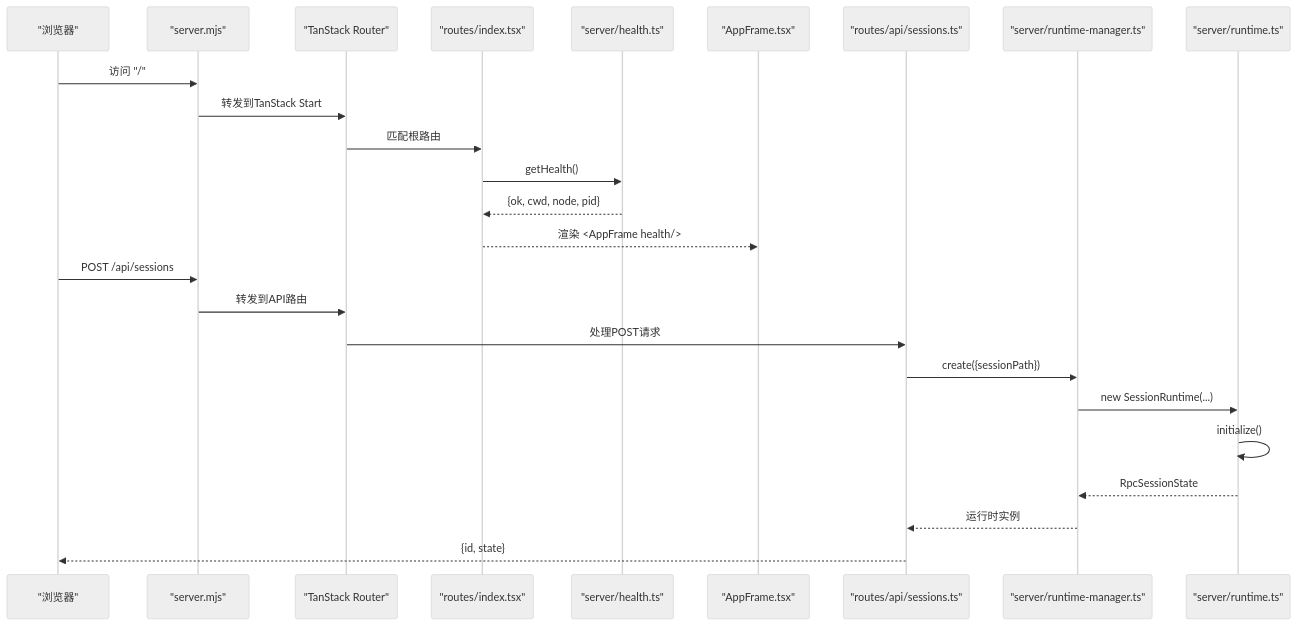
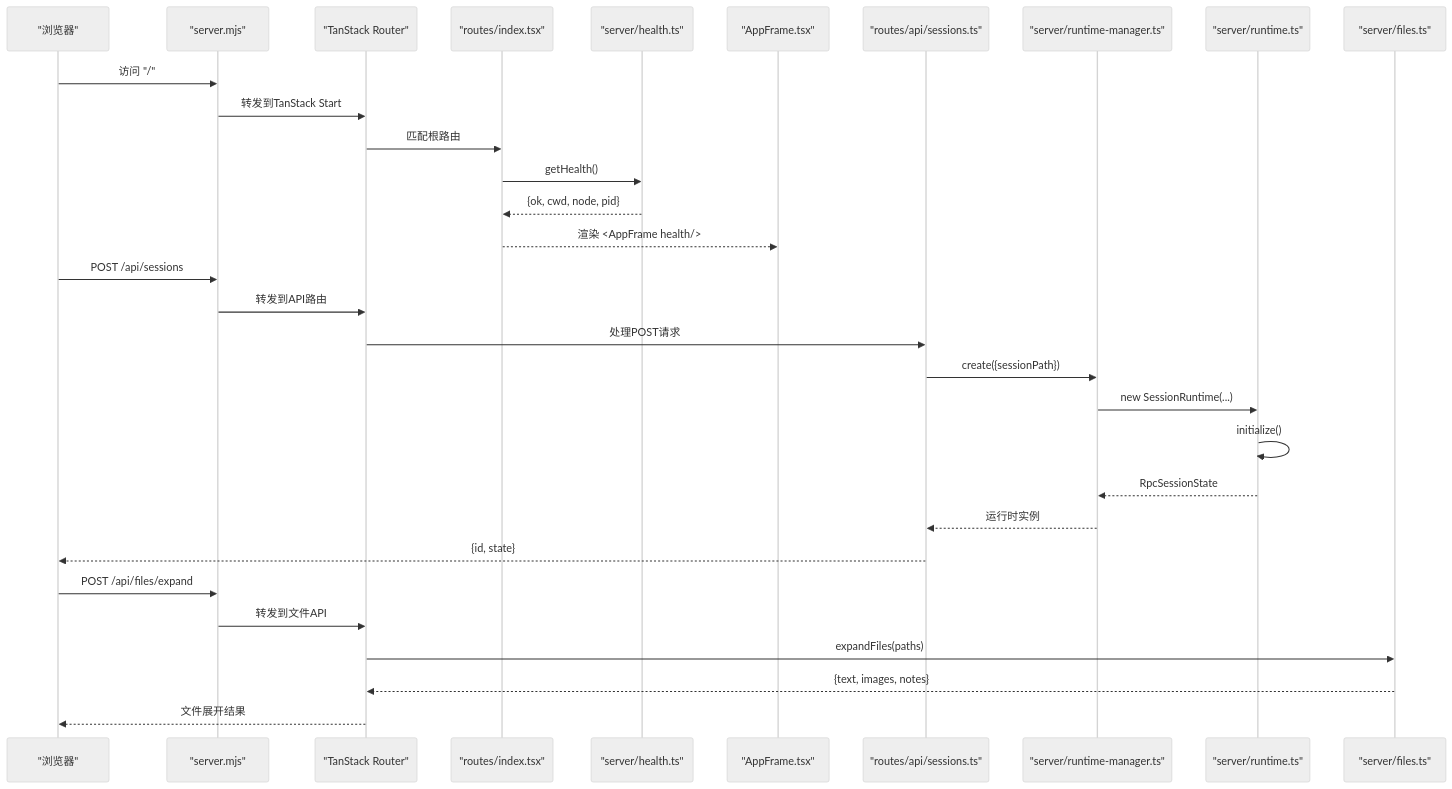
One commit to FDE-GROUP/oh-my-coding-agent changed the second of 14 diagrams in .qoder/repowiki/zh/content/快速开始/Pi Web UI 前端界面.md. Above: the diagram before and after it, drawn with Mermaid (neutral theme). The commit also changed other lines of this file and 433 other files, not shown here.

````diff
--- a/.qoder/repowiki/zh/content/快速开始/Pi Web UI 前端界面.md
+++ b/.qoder/repowiki/zh/content/快速开始/Pi Web UI 前端界面.md
@@ -226,27 +284,33 @@
 ```mermaid
 sequenceDiagram
 participant Browser as "浏览器"
 participant Server as "server.mjs"
 participant Router as "TanStack Router"
 participant RouteIndex as "routes/index.tsx"
 participant Health as "server/health.ts"
 participant Frame as "AppFrame.tsx"
 participant ApiSessions as "routes/api/sessions.ts"
 participant Manager as "server/runtime-manager.ts"
 participant Runtime as "server/runtime.ts"
+participant Files as "server/files.ts"
 Browser->>Server : 访问 "/"
 Server->>Router : 转发到TanStack Start
 Router->>RouteIndex : 匹配根路由
 RouteIndex->>Health : getHealth()
 Health-->>RouteIndex : {ok, cwd, node, pid}
 RouteIndex-->>Frame : 渲染 <AppFrame health/>
 Browser->>Server : POST /api/sessions
 Server->>Router : 转发到API路由
 Router->>ApiSessions : 处理POST请求
 ApiSessions->>Manager : create({sessionPath})
 Manager->>Runtime : new SessionRuntime(...)
 Runtime->>Runtime : initialize()
 Runtime-->>Manager : RpcSessionState
 Manager-->>ApiSessions : 运行时实例
 ApiSessions-->>Browser : {id, state}
+Browser->>Server : POST /api/files/expand
+Server->>Router : 转发到文件API
+Router->>Files : expandFiles(paths)
+Files-->>Router : {text, images, notes}
+Router-->>Browser : 文件展开结果
 ```
````
